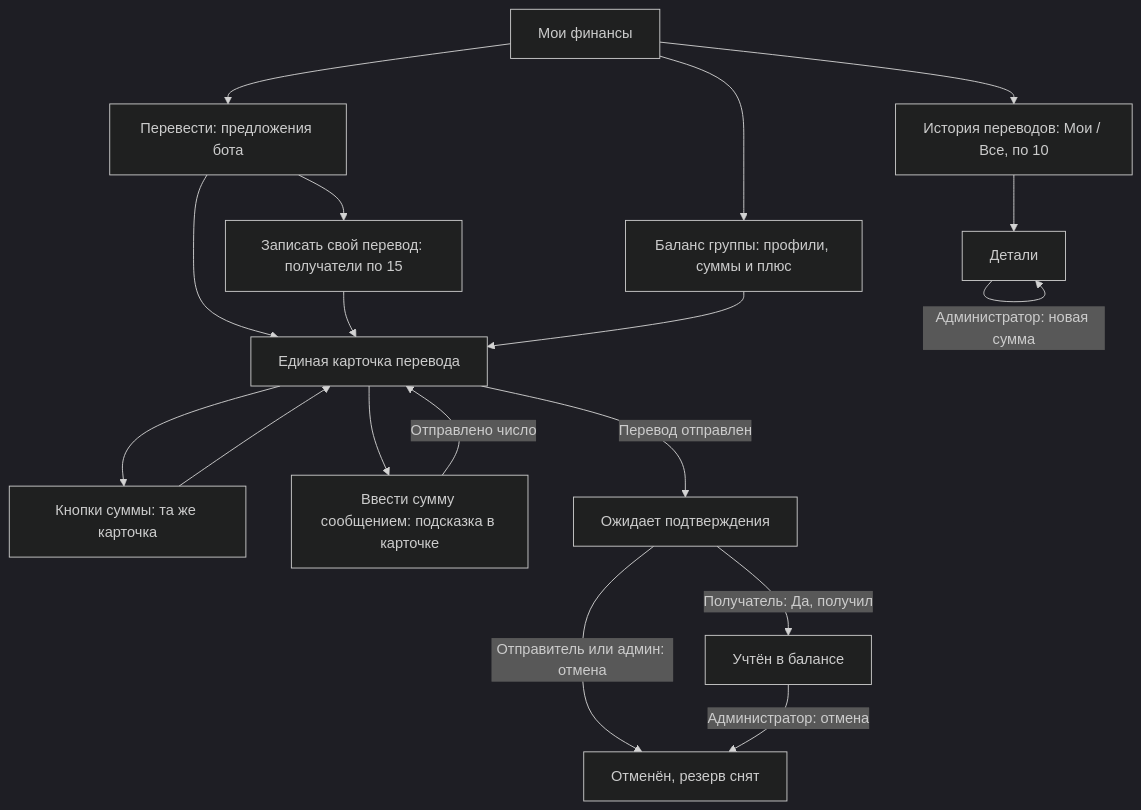
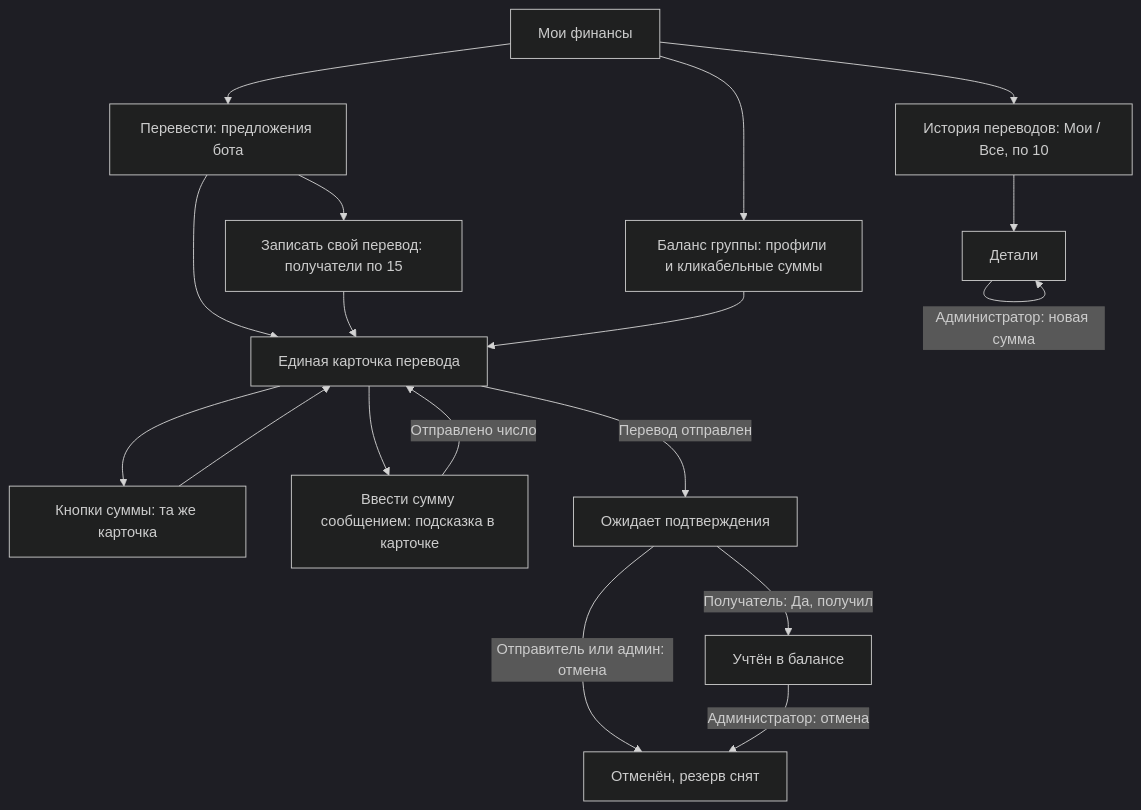
Before and after one commit to Romamor/tennis-split-bot: the third of 3 diagrams in docs/UI_FLOW_REVIEW.md, drawn with Mermaid (dark theme). The commit also changed other lines of this file and 17 other files, not shown here.

````diff
--- a/docs/UI_FLOW_REVIEW.md
+++ b/docs/UI_FLOW_REVIEW.md
@@ -450,20 +450,20 @@
 ```mermaid
 flowchart TD
     Finance[Мои финансы] --> Send[Перевести: предложения бота]
     Send --> Own[Записать свой перевод: получатели по 15]
-    Finance --> Balance[Баланс группы: профили, суммы и плюс]
+    Finance --> Balance[Баланс группы: профили и кликабельные суммы]
     Send --> Draft[Единая карточка перевода]
     Own --> Draft
     Balance --> Draft
     Draft --> Adjust[Кнопки суммы: та же карточка]
     Adjust --> Draft
     Draft --> Type[Ввести сумму сообщением: подсказка в карточке]
     Type -->|Отправлено число| Draft
     Draft -->|Перевод отправлен| Pending[Ожидает подтверждения]
     Pending -->|Получатель: Да, получил| Posted[Учтён в балансе]
     Pending -->|Отправитель или админ: отмена| Cancelled[Отменён, резерв снят]
     Finance --> History[История переводов: Мои / Все, по 10]
     History --> Detail[Детали]
     Detail -->|Администратор: новая сумма| Detail
     Posted -->|Администратор: отмена| Cancelled
 ```
````
